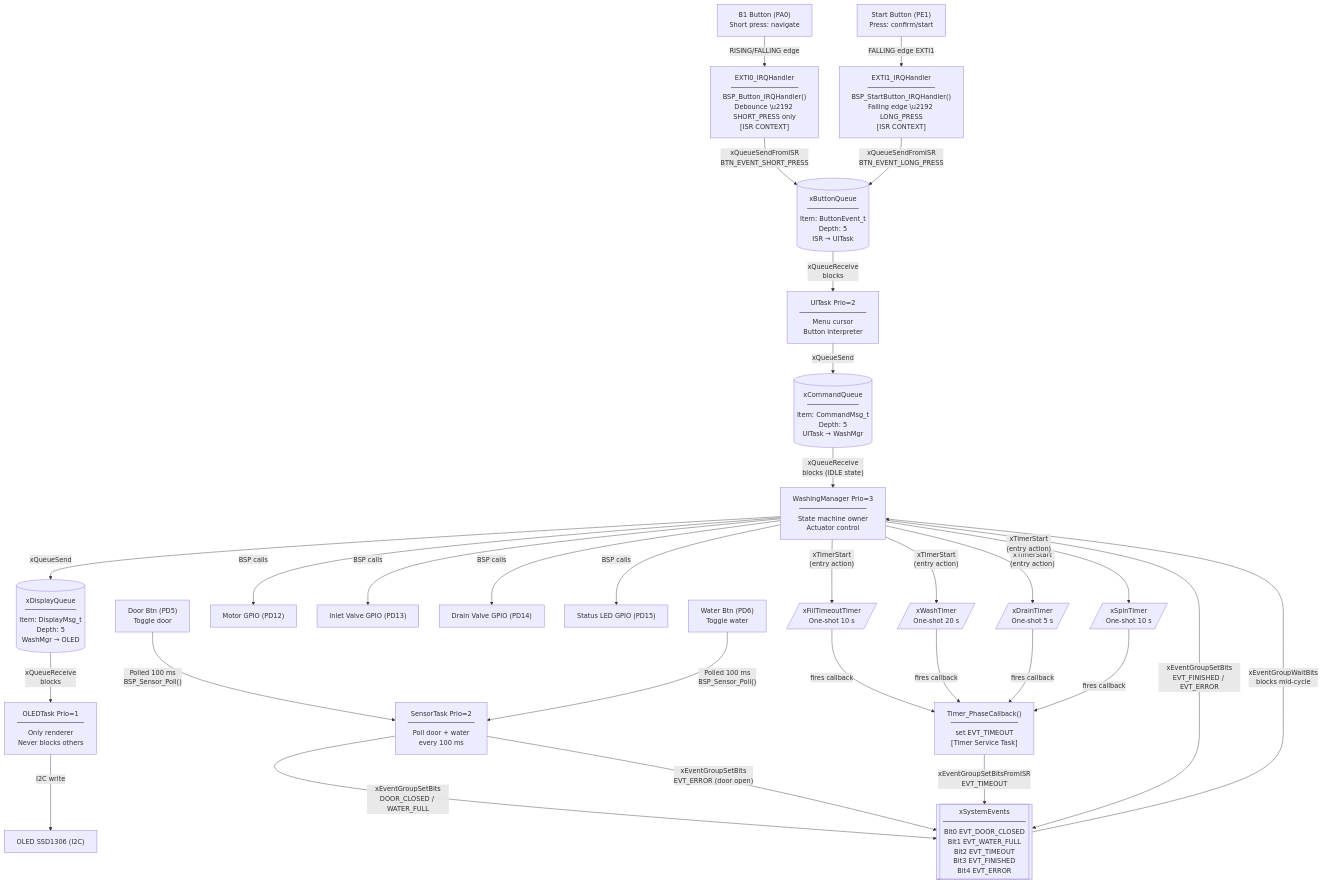
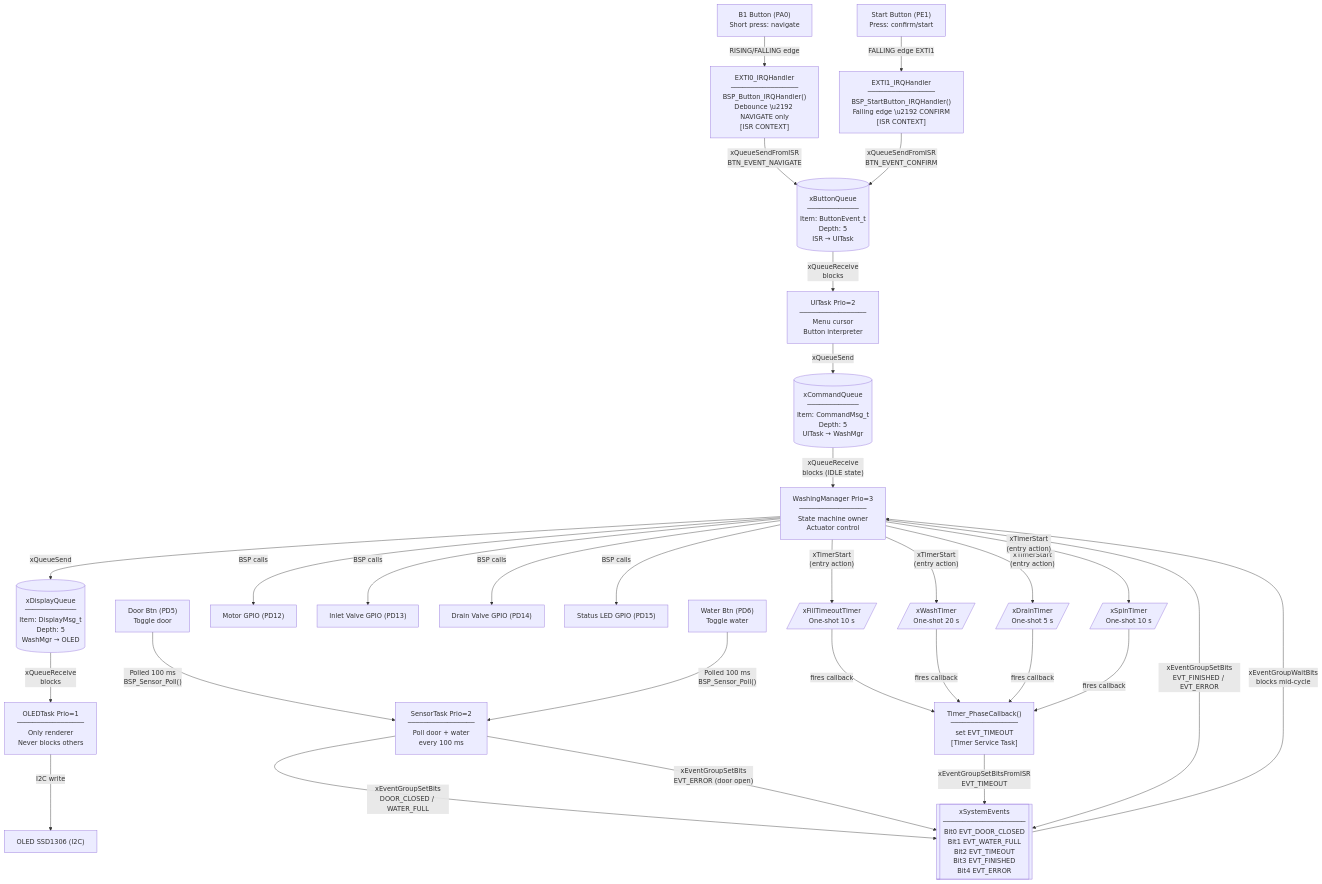
One commit to TTonyVi/Freertos_ST changed the first of 9 diagrams in docs/SYSTEM_DIAGRAMS.md. Above: the diagram before and after it, drawn with Mermaid. The commit also changed other lines of this file and 13 other files, not shown here.

````diff
--- a/docs/SYSTEM_DIAGRAMS.md
+++ b/docs/SYSTEM_DIAGRAMS.md
@@ -12,62 +12,62 @@
 ```mermaid
 flowchart TD
     %% --- Hardware layer ---
     HW_BTN["B1 Button (PA0)\nShort press: navigate"]
     HW_PE1["Start Button (PE1)\nPress: confirm/start"]
     HW_PD5["Door Btn (PD5)\nToggle door"]
     HW_PD6["Water Btn (PD6)\nToggle water"]
     HW_OLED["OLED SSD1306 (I2C)"]
     HW_MOTOR["Motor GPIO (PD12)"]
     HW_INLET["Inlet Valve GPIO (PD13)"]
     HW_DRAIN["Drain Valve GPIO (PD14)"]
     HW_LED["Status LED GPIO (PD15)"]
 
     %% --- ISR layer ---
-    ISR_BTN["EXTI0_IRQHandler\n─────────────────\nBSP_Button_IRQHandler()\nDebounce \u2192 SHORT_PRESS only\n[ISR CONTEXT]"]
-    ISR_PE1["EXTI1_IRQHandler\n─────────────────\nBSP_StartButton_IRQHandler()\nFalling edge \u2192 LONG_PRESS\n[ISR CONTEXT]"]
+    ISR_BTN["EXTI0_IRQHandler\n─────────────────\nBSP_Button_IRQHandler()\nDebounce \u2192 NAVIGATE only\n[ISR CONTEXT]"]
+    ISR_PE1["EXTI1_IRQHandler\n─────────────────\nBSP_StartButton_IRQHandler()\nFalling edge \u2192 CONFIRM\n[ISR CONTEXT]"]
     ISR_TMR["Timer_PhaseCallback()\n─────────────────\nset EVT_TIMEOUT\n[Timer Service Task]"]
 
     %% --- Queue / Event objects ---
     Q_BTN[("xButtonQueue\n─────────────\nItem: ButtonEvent_t\nDepth: 5\nISR → UITask")]
     Q_CMD[("xCommandQueue\n─────────────\nItem: CommandMsg_t\nDepth: 5\nUITask → WashMgr")]
     Q_DSP[("xDisplayQueue\n─────────────\nItem: DisplayMsg_t\nDepth: 5\nWashMgr → OLED")]
     EG[["xSystemEvents\n─────────────────────\nBit0 EVT_DOOR_CLOSED\nBit1 EVT_WATER_FULL\nBit2 EVT_TIMEOUT\nBit3 EVT_FINISHED\nBit4 EVT_ERROR"]]
 
     %% --- Timers ---
     T1[/"xFillTimeoutTimer\nOne-shot 10 s"/]
     T2[/"xWashTimer\nOne-shot 20 s"/]
     T3[/"xDrainTimer\nOne-shot 5 s"/]
     T4[/"xSpinTimer\nOne-shot 10 s"/]
 
     %% --- Tasks ---
     UI["UITask  Prio=2\n─────────────────\nMenu cursor\nButton interpreter"]
     WASH["WashingManager  Prio=3\n─────────────────\nState machine owner\nActuator control"]
     SENSOR["SensorTask  Prio=2\n─────────────────\nPoll door + water\nevery 100 ms"]
     OLED["OLEDTask  Prio=1\n─────────────────\nOnly renderer\nNever blocks others"]
 
     %% --- Connections ---
     HW_BTN -->|"RISING/FALLING edge"| ISR_BTN
-    ISR_BTN -->|"xQueueSendFromISR\nBTN_EVENT_SHORT_PRESS"| Q_BTN
+    ISR_BTN -->|"xQueueSendFromISR\nBTN_EVENT_NAVIGATE"| Q_BTN
     HW_PE1 -->|"FALLING edge EXTI1"| ISR_PE1
-    ISR_PE1 -->|"xQueueSendFromISR\nBTN_EVENT_LONG_PRESS"| Q_BTN
+    ISR_PE1 -->|"xQueueSendFromISR\nBTN_EVENT_CONFIRM"| Q_BTN
     Q_BTN -->|"xQueueReceive\nblocks"| UI
     UI -->|"xQueueSend"| Q_CMD
 
     Q_CMD -->|"xQueueReceive\nblocks (IDLE state)"| WASH
     WASH -->|"xQueueSend"| Q_DSP
     Q_DSP -->|"xQueueReceive\nblocks"| OLED
     OLED -->|"I2C write"| HW_OLED
 
     HW_PD5 -->|"Polled 100 ms\nBSP_Sensor_Poll()"| SENSOR
     HW_PD6 -->|"Polled 100 ms\nBSP_Sensor_Poll()"| SENSOR
     SENSOR -->|"xEventGroupSetBits\nDOOR_CLOSED / WATER_FULL"| EG
     SENSOR -->|"xEventGroupSetBits\nEVT_ERROR (door open)"| EG
     EG -->|"xEventGroupWaitBits\nblocks mid-cycle"| WASH
 
     WASH -->|"xTimerStart\n(entry action)"| T1 & T2 & T3 & T4
     T1 & T2 & T3 & T4 -->|"fires callback"| ISR_TMR
     ISR_TMR -->|"xEventGroupSetBitsFromISR\nEVT_TIMEOUT"| EG
     WASH -->|"xEventGroupSetBits\nEVT_FINISHED / EVT_ERROR"| EG
 
     WASH -->|"BSP calls"| HW_MOTOR & HW_INLET & HW_DRAIN & HW_LED
 ```
````
